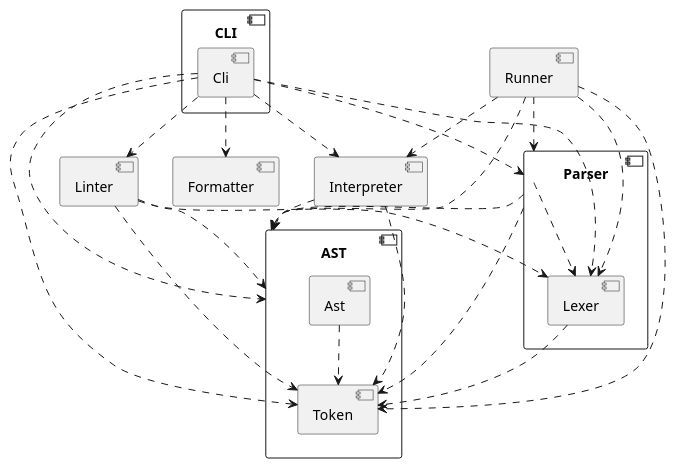
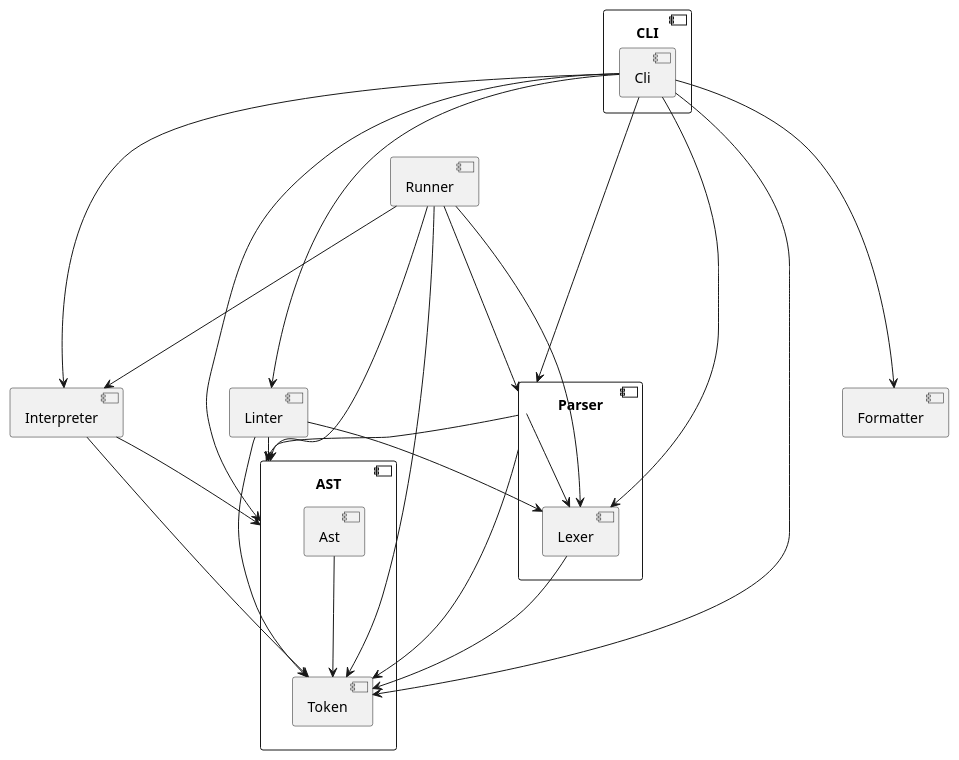
The diagram in diagrams/Print-Script.puml (Ing-Sistemas/Print-Script), drawn with PlantUML before and after one commit.

Commit message:
plant UML diagram of components better

```diff
--- a/diagrams/Print-Script.puml
+++ b/diagrams/Print-Script.puml
@@ -1,53 +1,53 @@
 @startuml
 'https://plantuml.com/class-diagram
 
 component AST {
-    [Ast] ..> [Token]
+    [Ast] ---> [Token]
 }
 
 component Parser {
-    [Parser] ..> [AST]
-    [Parser] ..> [Token]
-    [Parser] ..> [Lexer]
+    [Parser] --> [AST]
+    [Parser] --> [Token]
+    [Parser] --> [Lexer]
 }
 
 component Lexer {
-    [Lexer] ..> [Token]
+    [Lexer] ---> [Token]
 }
 
 component Formatter {
 }
 
 component Interpreter {
-    [Interpreter] ..> [AST]
-    [Interpreter] ..> [Token]
+    [Interpreter] --> [AST]
+    [Interpreter] --> [Token]
 }
 
 component Linter {
-    [Linter] ..> [AST]
-    [Linter] ..> [Token]
-    [Linter] ..> [Lexer]
+    [Linter] --> [AST]
+    [Linter] --> [Token]
+    [Linter] --> [Lexer]
 }
 
 component Runner {
-    [Runner] ..> [AST]
-    [Runner] ..> [Token]
-    [Runner] ..> [Lexer]
-    [Runner] ..> [Parser]
-    [Runner] ..> [Interpreter]
+    [Runner] ----> [AST]
+    [Runner] ----> [Token]
+    [Runner] ----> [Lexer]
+    [Runner] ----> [Parser]
+    [Runner] ----> [Interpreter]
 }
 
 component CLI {
-    [Cli] ..> [Lexer]
-    [Cli] ..> [Parser]
-    [Cli] ..> [Interpreter]
-    [Cli] ..> [AST]
-    [Cli] ..> [Token]
-    [Cli] ..> [Linter]
-    [Cli] ..> [Formatter]
+    [Cli] -----> [Lexer]
+    [Cli] -----> [Parser]
+    [Cli] -----> [Interpreter]
+    [Cli] -----> [AST]
+    [Cli] -----> [Token]
+    [Cli] -----> [Linter]
+    [Cli] -----> [Formatter]
 }
 component Token {
 }
 
 
 @enduml
```
